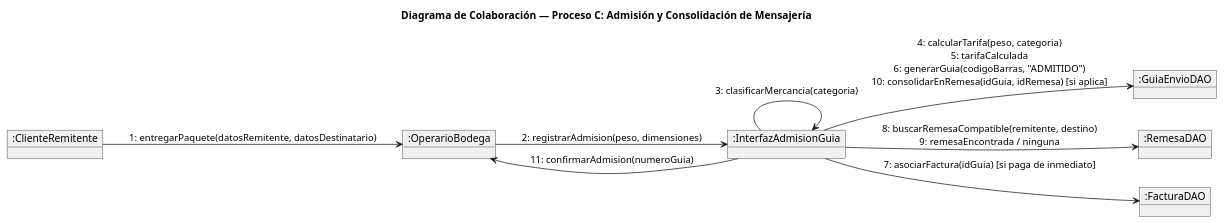
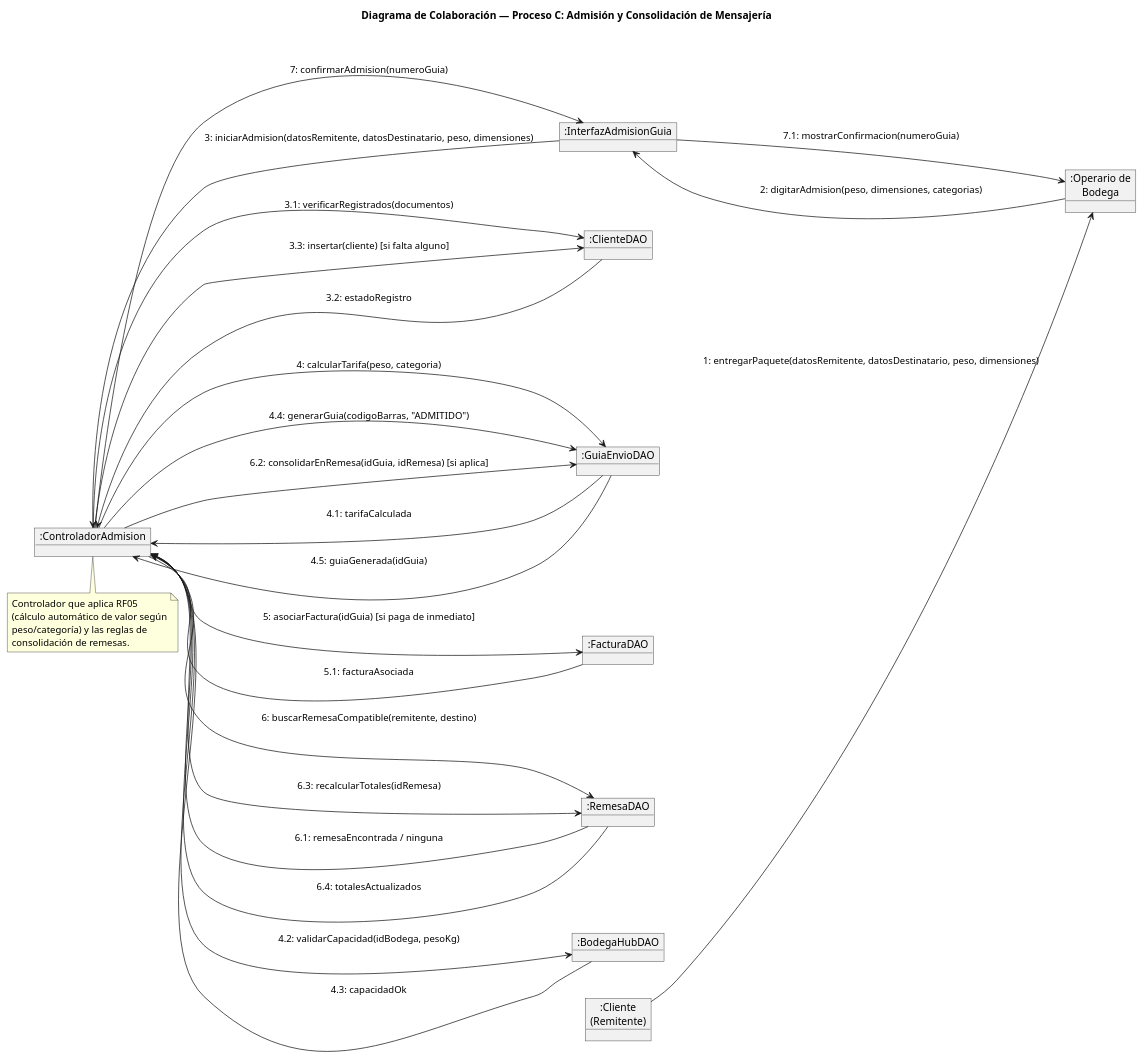
One commit to SKing25/Copetran- changed the diagram in docs/parcial-primer-corte/diagramas/colaboracion/colaboracion-admision-mensajeria.puml. Above: the diagram before and after it, drawn with PlantUML. The commit also changed 23 other files, not shown here.

```diff
--- a/docs/parcial-primer-corte/diagramas/colaboracion/colaboracion-admision-mensajeria.puml
+++ b/docs/parcial-primer-corte/diagramas/colaboracion/colaboracion-admision-mensajeria.puml
@@ -1,23 +1,45 @@
 @startuml colaboracion_admision_mensajeria
 title Diagrama de Colaboración — Proceso C: Admisión y Consolidación de Mensajería
-skinparam nodesep 40
+skinparam nodesep 50
 skinparam ranksep 70
 left to right direction
 
-object ":ClienteRemitente" as remitente
-object ":OperarioBodega" as operario
+object ":Cliente\n(Remitente)" as remitente
+object ":Operario de\nBodega" as operario
 object ":InterfazAdmisionGuia" as ui
+object ":ControladorAdmision" as ctrl
+object ":ClienteDAO" as clienteDAO
 object ":GuiaEnvioDAO" as guiaDAO
+object ":FacturaDAO" as facturaDAO
 object ":RemesaDAO" as remesaDAO
-object ":FacturaDAO" as facturaDAO
+object ":BodegaHubDAO" as bodegaDAO
 
-remitente --> operario : 1: entregarPaquete(datosRemitente, datosDestinatario)
-operario --> ui : 2: registrarAdmision(peso, dimensiones)
-ui --> ui : 3: clasificarMercancia(categoria)
-' Un solo enlace por par de objetos, con la secuencia de mensajes
-' intercambiados en ese enlace (evita líneas redundantes y cruces).
-ui --> guiaDAO : 4: calcularTarifa(peso, categoria)\n5: tarifaCalculada\n6: generarGuia(codigoBarras, "ADMITIDO")\n10: consolidarEnRemesa(idGuia, idRemesa) [si aplica]
-ui --> facturaDAO : 7: asociarFactura(idGuia) [si paga de inmediato]
-ui --> remesaDAO : 8: buscarRemesaCompatible(remitente, destino)\n9: remesaEncontrada / ninguna
-ui --> operario : 11: confirmarAdmision(numeroGuia)
+remitente --> operario : 1: entregarPaquete(datosRemitente, datosDestinatario, peso, dimensiones)
+operario --> ui : 2: digitarAdmision(peso, dimensiones, categorias)
+ui --> ctrl : 3: iniciarAdmision(datosRemitente, datosDestinatario, peso, dimensiones)
+ctrl --> clienteDAO : 3.1: verificarRegistrados(documentos)
+clienteDAO --> ctrl : 3.2: estadoRegistro
+ctrl --> clienteDAO : 3.3: insertar(cliente) [si falta alguno]
+ctrl --> guiaDAO : 4: calcularTarifa(peso, categoria)
+guiaDAO --> ctrl : 4.1: tarifaCalculada
+ctrl --> bodegaDAO : 4.2: validarCapacidad(idBodega, pesoKg)
+bodegaDAO --> ctrl : 4.3: capacidadOk
+ctrl --> guiaDAO : 4.4: generarGuia(codigoBarras, "ADMITIDO")
+guiaDAO --> ctrl : 4.5: guiaGenerada(idGuia)
+ctrl --> facturaDAO : 5: asociarFactura(idGuia) [si paga de inmediato]
+facturaDAO --> ctrl : 5.1: facturaAsociada
+ctrl --> remesaDAO : 6: buscarRemesaCompatible(remitente, destino)
+remesaDAO --> ctrl : 6.1: remesaEncontrada / ninguna
+ctrl --> guiaDAO : 6.2: consolidarEnRemesa(idGuia, idRemesa) [si aplica]
+ctrl --> remesaDAO : 6.3: recalcularTotales(idRemesa)
+remesaDAO --> ctrl : 6.4: totalesActualizados
+ctrl --> ui : 7: confirmarAdmision(numeroGuia)
+ui --> operario : 7.1: mostrarConfirmacion(numeroGuia)
+
+note bottom of ctrl
+  Controlador que aplica RF05
+  (cálculo automático de valor según
+  peso/categoría) y las reglas de
+  consolidación de remesas.
+end note
 @enduml
```
